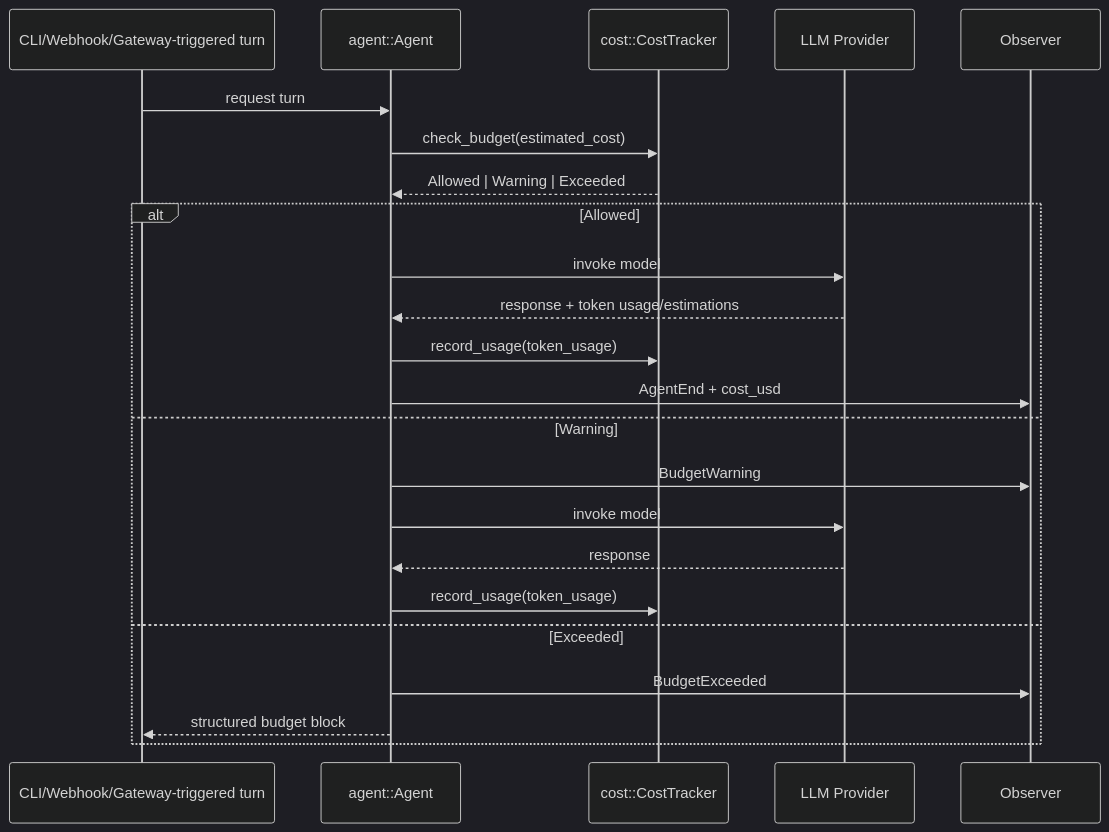
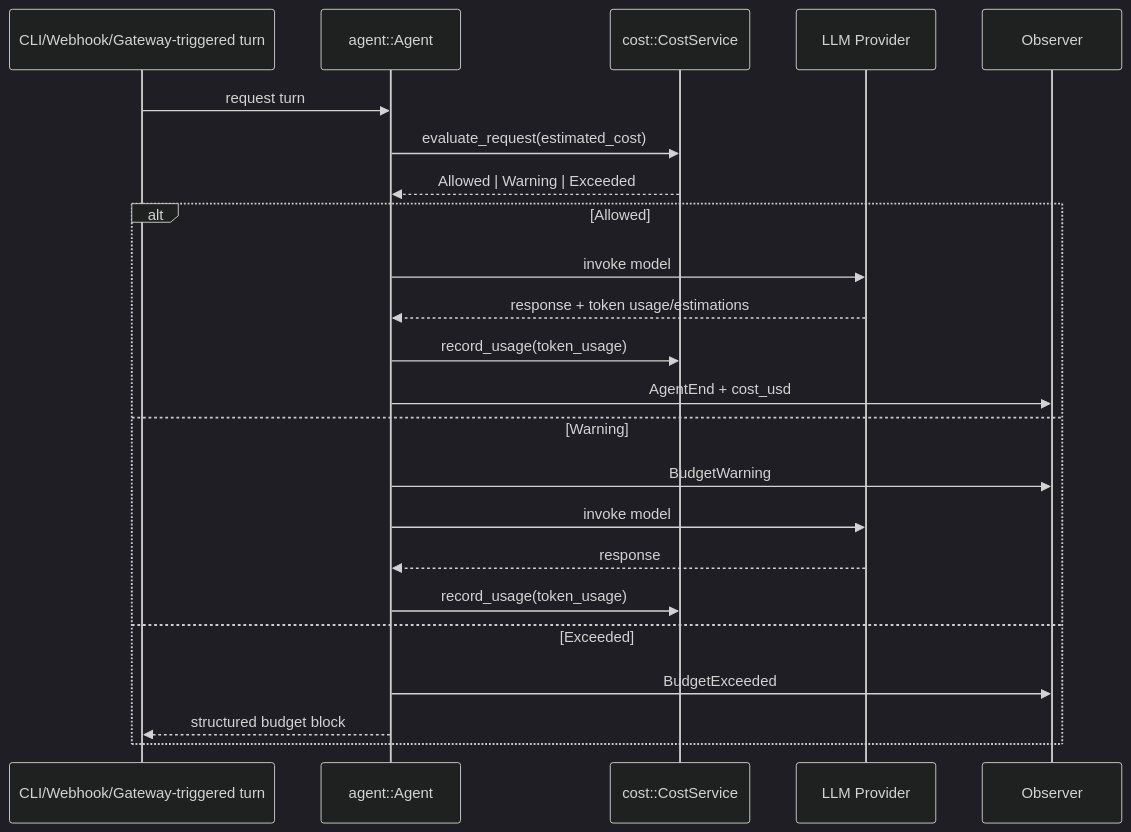
The first of 2 diagrams in openspec/changes/archive/2026-04-06-2026-04-06-cost-governance-productization/design.md (dallay/corvus), drawn with Mermaid (dark theme) before and after one commit. The commit also changed other lines of this file and 9 other files, not shown here.

Commit message:
feat(cost): enhance budget governance with session cost validation and error handling

````diff
--- a/openspec/changes/archive/2026-04-06-2026-04-06-cost-governance-productization/design.md
+++ b/openspec/changes/archive/2026-04-06-2026-04-06-cost-governance-productization/design.md
@@ -117,26 +120,26 @@
 ```mermaid
 sequenceDiagram
   participant Surface as CLI/Webhook/Gateway-triggered turn
   participant Agent as agent::Agent
-  participant Tracker as cost::CostTracker
+  participant Cost as cost::CostService
   participant Provider as LLM Provider
   participant Obs as Observer
 
   Surface->>Agent: request turn
-  Agent->>Tracker: check_budget(estimated_cost)
-  Tracker-->>Agent: Allowed | Warning | Exceeded
+  Agent->>Cost: evaluate_request(estimated_cost)
+  Cost-->>Agent: Allowed | Warning | Exceeded
   alt Allowed
     Agent->>Provider: invoke model
     Provider-->>Agent: response + token usage/estimations
-    Agent->>Tracker: record_usage(token_usage)
+    Agent->>Cost: record_usage(token_usage)
     Agent->>Obs: AgentEnd + cost_usd
   else Warning
     Agent->>Obs: BudgetWarning
     Agent->>Provider: invoke model
     Provider-->>Agent: response
-    Agent->>Tracker: record_usage(token_usage)
+    Agent->>Cost: record_usage(token_usage)
   else Exceeded
     Agent->>Obs: BudgetExceeded
     Agent-->>Surface: structured budget block
   end
 ```
````
